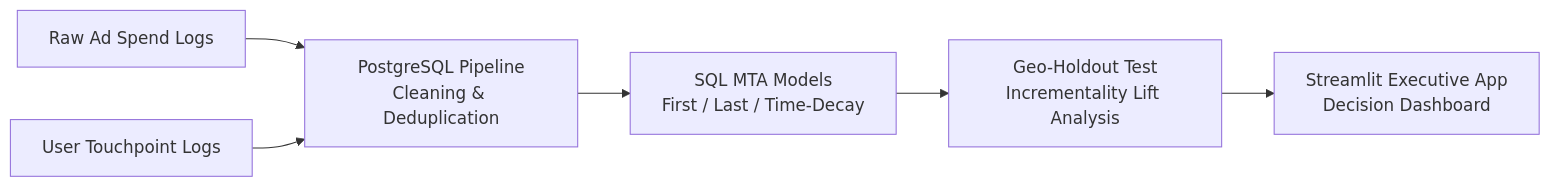
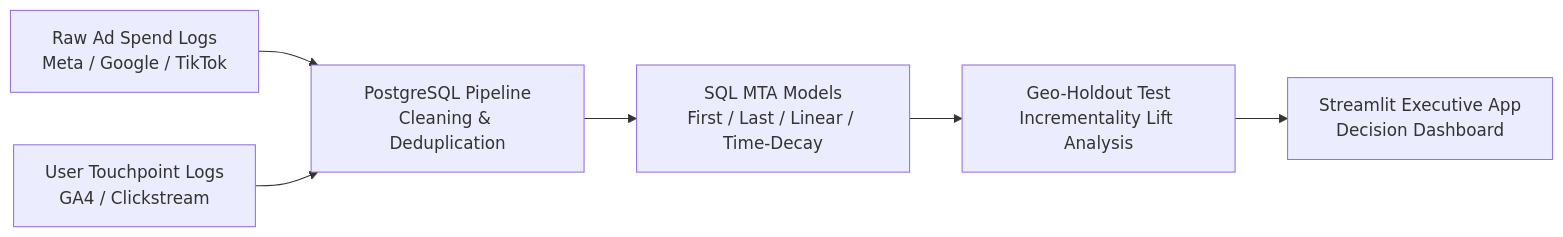
Before and after one commit to jinyeong-park/jynlab-growth-attribution-system: the second of 2 diagrams in README.md, drawn with Mermaid. The commit also changed other lines of this file and 1 other file, not shown here.

````diff
--- a/README.md
+++ b/README.md
@@ -23,8 +90,8 @@
 ```mermaid
 flowchart LR
-    A[Raw Ad Spend Logs] --> C[PostgreSQL Pipeline<br/>Cleaning & Deduplication]
-    B[User Touchpoint Logs] --> C
-    C --> D[SQL MTA Models<br/>First / Last / Time-Decay]
+    A[Raw Ad Spend Logs<br/>Meta / Google / TikTok] --> C[PostgreSQL Pipeline<br/>Cleaning & Deduplication]
+    B[User Touchpoint Logs<br/>GA4 / Clickstream] --> C
+    C --> D[SQL MTA Models<br/>First / Last / Linear / Time-Decay]
     D --> E[Geo-Holdout Test<br/>Incrementality Lift Analysis]
     E --> F[Streamlit Executive App<br/>Decision Dashboard]
 ```
````
